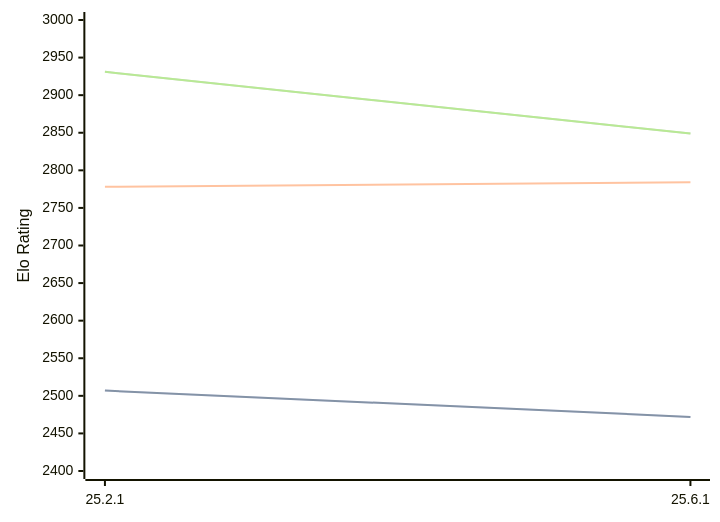
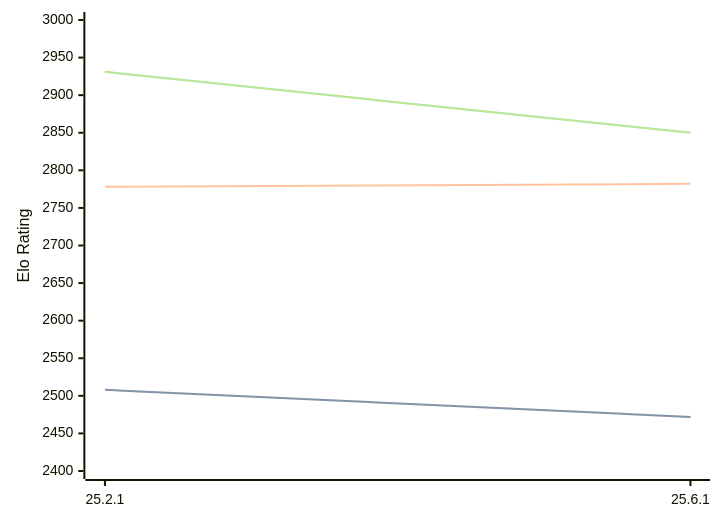
One commit to computer-chess-index/cci changed the diagram in engines/Crafty.md. Above: the diagram before and after it, drawn with Mermaid. The commit also changed other lines of this file, not shown here.

Commit message:
Update CCI Ratings (ELO VLTC) - 2026-08-29

````diff
--- a/engines/Crafty.md
+++ b/engines/Crafty.md
@@ -32,11 +32,11 @@
 ```mermaid
 %%{init: {"theme":"base","themeVariables":{"seriesColors:['#a3a3a3','#222221','#faa371']}}}%%
 xychart-beta
   x-axis ["25.2.1", "25.6.1"]
   y-axis "Elo Rating" 2400 --> 3000
-  line "" [2507, 2472]
-  line "STC (8.0+0.08s)" [2507, 2472]
-  line "LTC (60.0+0.60s)" [2778, 2784]
-  line "" [2931, 2849]
-  line "VLTC (2m24s+1.12s)" [2931, 2849]
+  line "" [2508, 2472]
+  line "STC (8.0+0.08s)" [2508, 2472]
+  line "LTC (60.0+0.60s)" [2778, 2782]
+  line "" [2931, 2850]
+  line "VLTC (2m24s+1.12s)" [2931, 2850]
 ```
````
